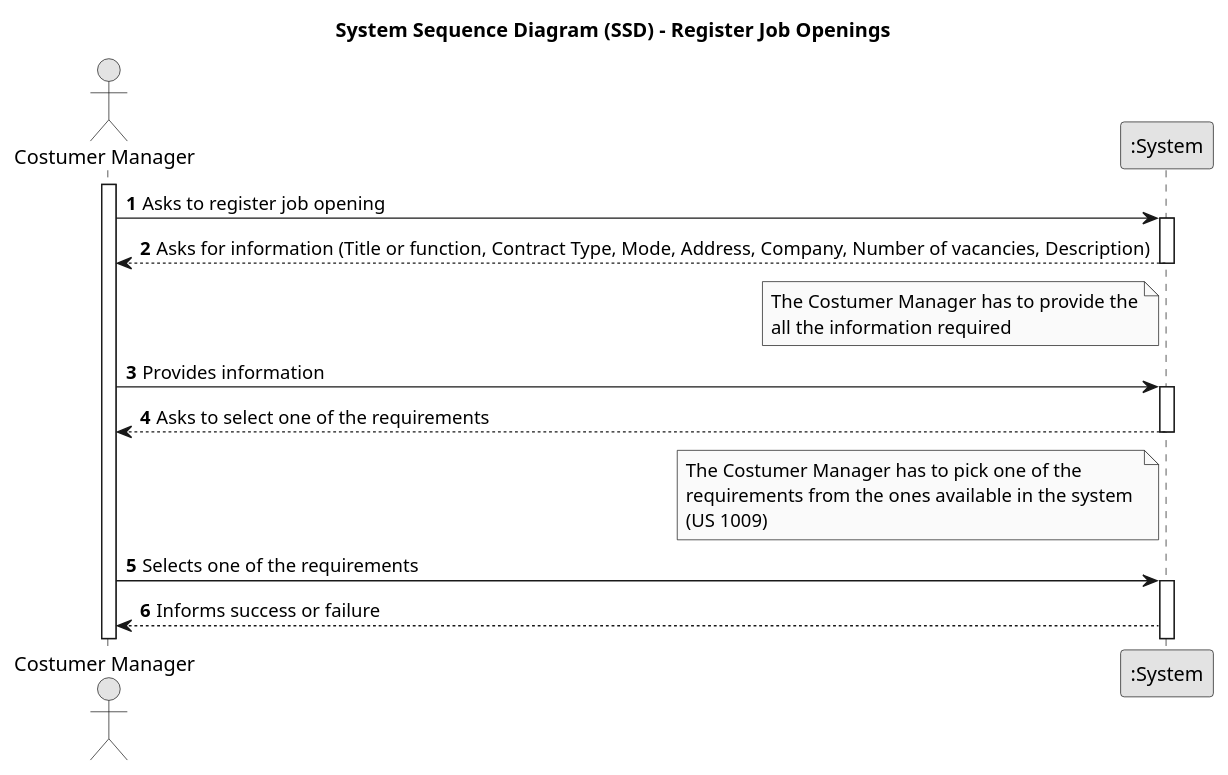
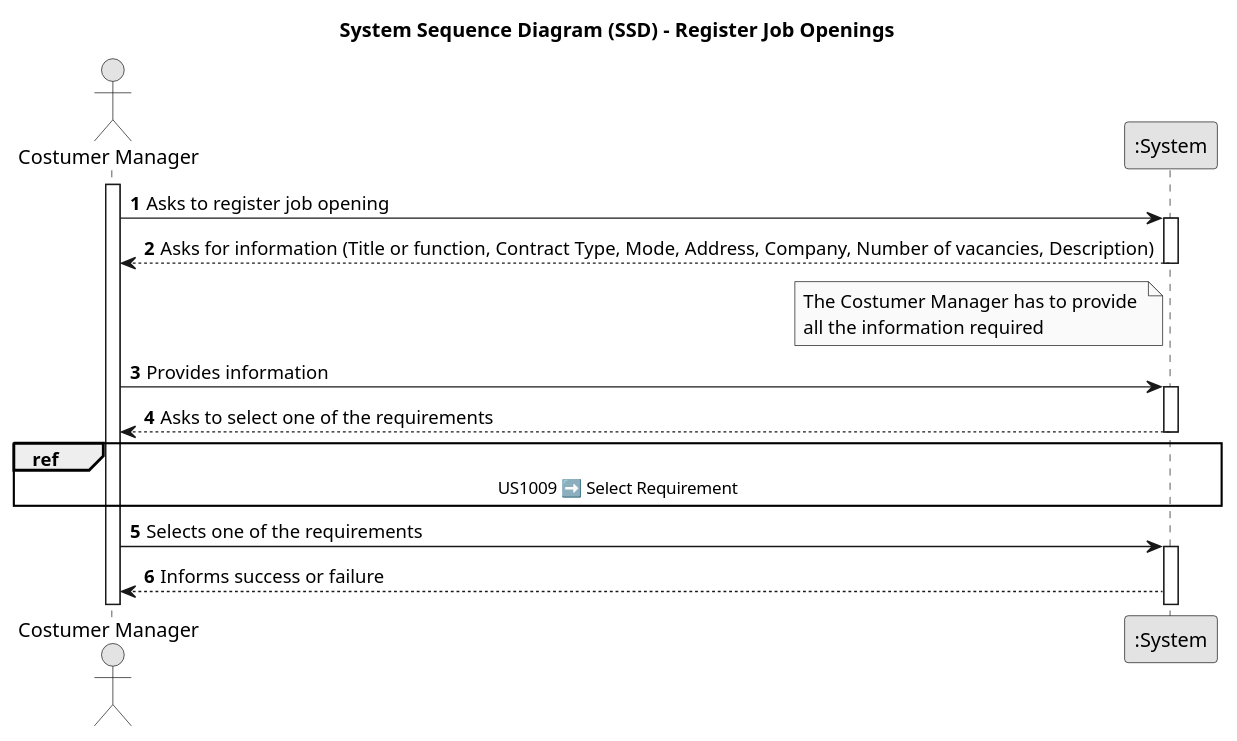
One commit to PureNimble/ISEP-LAPR4 changed the diagram in docs/sprintb/us_1002/01.requirements-engineering/puml/SSD-US1002-registerJobOpenings.puml. Above: the diagram before and after it, drawn with PlantUML.

Commit message:
ref #29 Engineering Requirements for US-1002
- Updated SSD for registering Job Openings

```diff
--- a/docs/sprintb/us_1002/01.requirements-engineering/puml/SSD-US1002-registerJobOpenings.puml
+++ b/docs/sprintb/us_1002/01.requirements-engineering/puml/SSD-US1002-registerJobOpenings.puml
@@ -1,36 +1,36 @@
 @startuml
 skinparam monochrome true
 skinparam packageStyle rectangle
 skinparam shadowing false
 
 title System Sequence Diagram (SSD) - Register Job Openings
 
 autonumber
 
 actor "Costumer Manager" as Manager
 participant ":System" as System
 
 activate Manager
 
     Manager -> System : Asks to register job opening
     activate System
         
         System --> Manager : Asks for information (Title or function, Contract Type, Mode, Address, Company, Number of vacancies, Description)
-            note left System : The Costumer Manager has to provide the\nall the information required
+            note left System : The Costumer Manager has to provide \nall the information required
 
     deactivate System
 
     Manager -> System : Provides information
     activate System
 
         System --> Manager : Asks to select one of the requirements
-            note left System : The Costumer Manager has to pick one of the\nrequirements from the ones available in the system \n(US 1009)
+        ref over System, Manager : US1009 ➡️ Select Requirement
 
     deactivate System
 
     Manager -> System : Selects one of the requirements
     activate System
 
         System --> Manager : Informs success or failure
 
 @enduml
```
